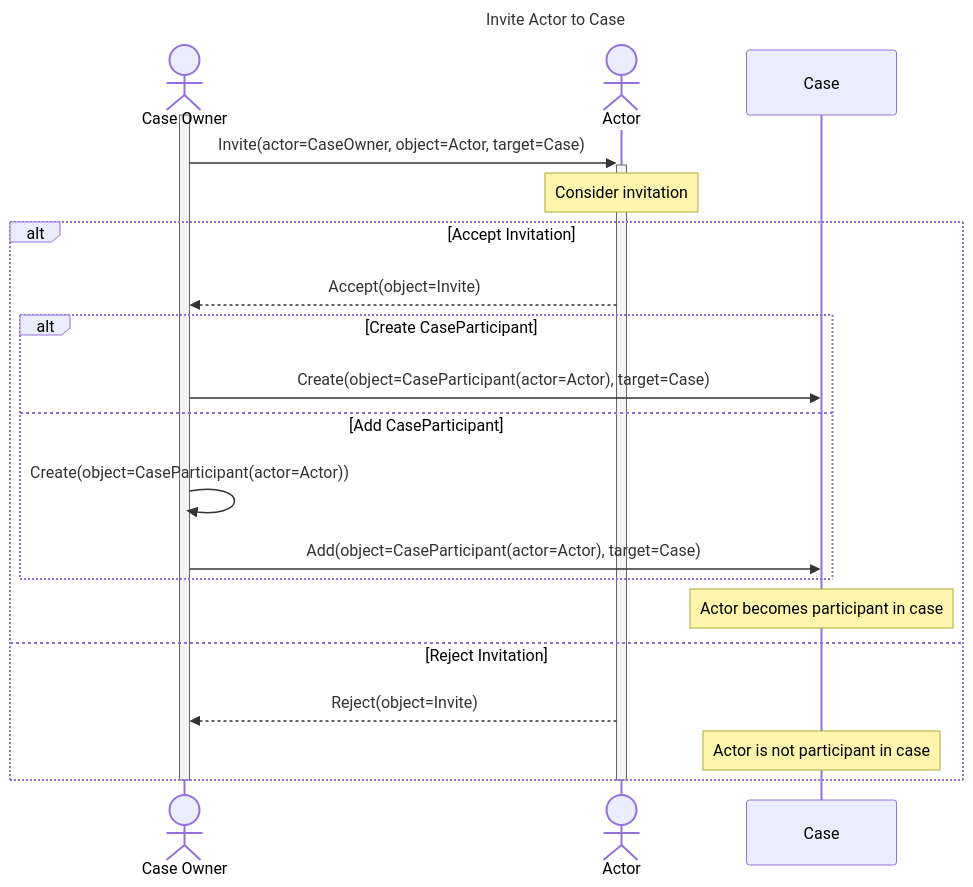
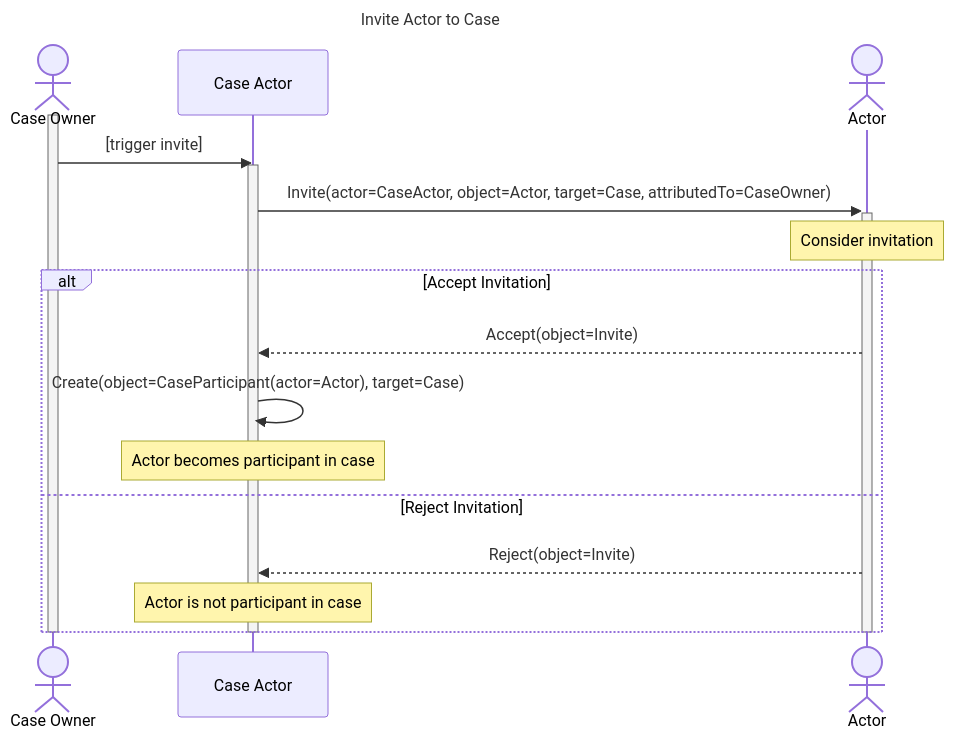
The first of 3 diagrams in docs/howto/activitypub/activities/invite_actor.md (CERTCC/Vultron), drawn with Mermaid before and after one commit. The commit also changed other lines of this file and 11 other files, not shown here.

````diff
--- a/docs/howto/activitypub/activities/invite_actor.md
+++ b/docs/howto/activitypub/activities/invite_actor.md
@@ -14,27 +14,25 @@
 ```mermaid
 ---
 title: Invite Actor to Case
 ---
 sequenceDiagram
     actor O as Case Owner
+    participant CA as Case Actor
     actor A as Actor
-    participant C as Case
     activate O
-    O ->>+ A: Invite(actor=CaseOwner, object=Actor, target=Case)
+    O ->> CA: [trigger invite]
+    activate CA
+    CA ->>+ A: Invite(actor=CaseActor, object=Actor, target=Case, attributedTo=CaseOwner)
     note over A: Consider invitation
     alt Accept Invitation
-        A -->> O: Accept(object=Invite)
-        alt Create CaseParticipant
-        O ->> C: Create(object=CaseParticipant(actor=Actor), target=Case)
-        else Add CaseParticipant
-        O ->> O: Create(object=CaseParticipant(actor=Actor))
-        O ->> C: Add(object=CaseParticipant(actor=Actor), target=Case)
-        end
-        note over C: Actor becomes participant in case
+        A -->> CA: Accept(object=Invite)
+        CA ->> CA: Create(object=CaseParticipant(actor=Actor), target=Case)
+        note over CA: Actor becomes participant in case
     else Reject Invitation
-        A -->> O: Reject(object=Invite)
-        note over C: Actor is not participant in case
+        A -->> CA: Reject(object=Invite)
+        note over CA: Actor is not participant in case
     end
     deactivate A
+    deactivate CA
     deactivate O
 ```
````
